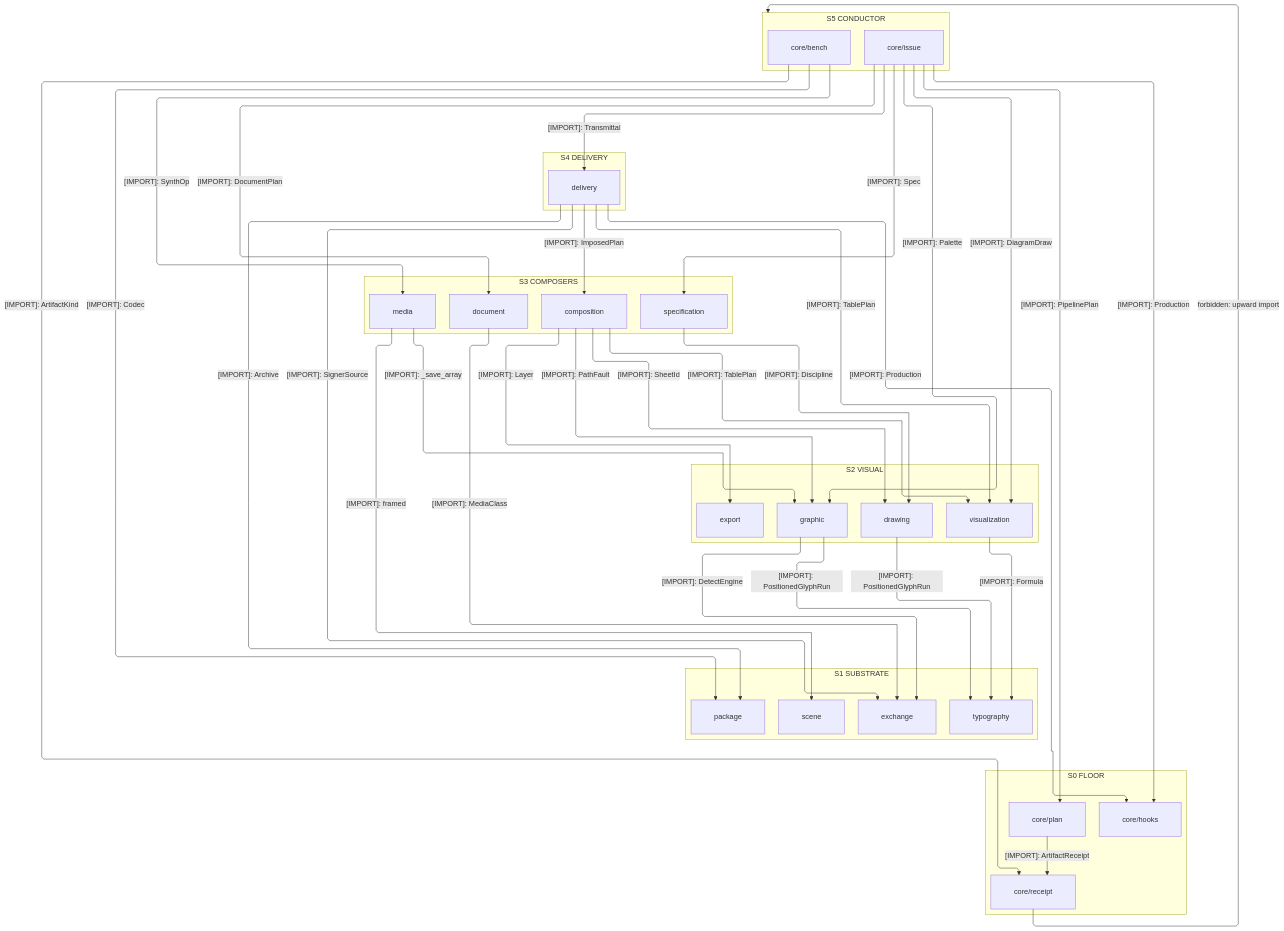
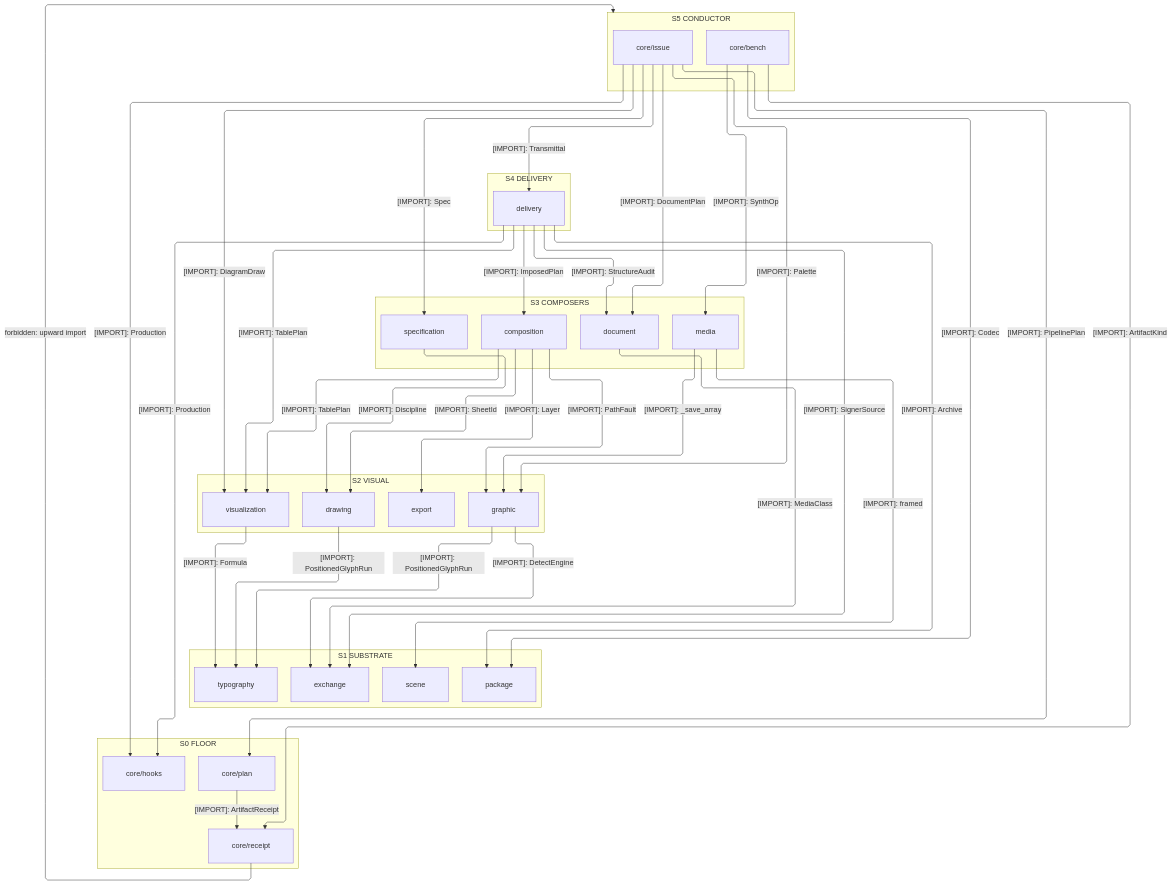
The first of 3 diagrams in libs/python/artifacts/ARCHITECTURE.md (bsamiee/Rasm), drawn with Mermaid before and after one commit. The commit also changed other lines of this file and 36 other files, not shown here.

````diff
--- a/libs/python/artifacts/ARCHITECTURE.md
+++ b/libs/python/artifacts/ARCHITECTURE.md
@@ -116,72 +117,73 @@
 ```mermaid
 ---
 config:
   layout: elk
   flowchart:
     curve: linear
     padding: 25
 ---
 flowchart TB
     accTitle: Artifacts interior import strata
     accDescr: Six import strata from the issue conductor down to the plan-receipt floor; each labeled edge names one sourced type.
     subgraph S5["S5 CONDUCTOR"]
         Issue[core/issue]
         Bench[core/bench]
     end
     subgraph S4["S4 DELIVERY"]
         Delivery[delivery]
     end
     subgraph S3["S3 COMPOSERS"]
         Media[media]
         Document[document]
         Composition[composition]
         Specification[specification]
     end
     subgraph S2["S2 VISUAL"]
         Graphic[graphic]
         Visualization[visualization]
         Drawing[drawing]
         Export[export]
     end
     subgraph S1["S1 SUBSTRATE"]
         Scene[scene]
         Typography[typography]
         Exchange[exchange]
         Package[package]
     end
     subgraph S0["S0 FLOOR"]
         Plan[core/plan]
         Receipt[core/receipt]
         Hooks[core/hooks]
     end
     Issue s1@-->|"[IMPORT]: Transmittal"| Delivery
     Issue s2@-->|"[IMPORT]: DocumentPlan"| Document
     Issue s3@-->|"[IMPORT]: Spec"| Specification
     Issue s4@-->|"[IMPORT]: DiagramDraw"| Visualization
     Issue s5@-->|"[IMPORT]: Palette"| Graphic
     Issue s6@-->|"[IMPORT]: PipelinePlan"| Plan
     Delivery s7@-->|"[IMPORT]: ImposedPlan"| Composition
     Delivery s8@-->|"[IMPORT]: SignerSource"| Exchange
     Delivery s9@-->|"[IMPORT]: Archive"| Package
     Delivery s10@-->|"[IMPORT]: TablePlan"| Visualization
     Composition s11@-->|"[IMPORT]: Layer"| Export
     Composition s12@-->|"[IMPORT]: SheetId"| Drawing
     Composition s13@-->|"[IMPORT]: PathFault"| Graphic
     Composition s14@-->|"[IMPORT]: TablePlan"| Visualization
     Specification s15@-->|"[IMPORT]: Discipline"| Drawing
     Document s16@-->|"[IMPORT]: MediaClass"| Exchange
     Media s17@-->|"[IMPORT]: framed"| Scene
     Media s18@-->|"[IMPORT]: _save_array"| Graphic
     Graphic s19@-->|"[IMPORT]: PositionedGlyphRun"| Typography
     Graphic s20@-->|"[IMPORT]: DetectEngine"| Exchange
     Drawing s21@-->|"[IMPORT]: PositionedGlyphRun"| Typography
     Visualization s22@-->|"[IMPORT]: Formula"| Typography
     Plan s23@-->|"[IMPORT]: ArtifactReceipt"| Receipt
     Issue s24@-->|"[IMPORT]: Production"| Hooks
     Bench s25@-->|"[IMPORT]: Codec"| Package
     Bench s26@-->|"[IMPORT]: ArtifactKind"| Receipt
     Bench s27@-->|"[IMPORT]: SynthOp"| Media
     Delivery s28@-->|"[IMPORT]: Production"| Hooks
+    Delivery s29@-->|"[IMPORT]: StructureAudit"| Document
     Typography ~~~ Plan
     Receipt f1@-->|"forbidden: upward import"| S5
 ```
````
